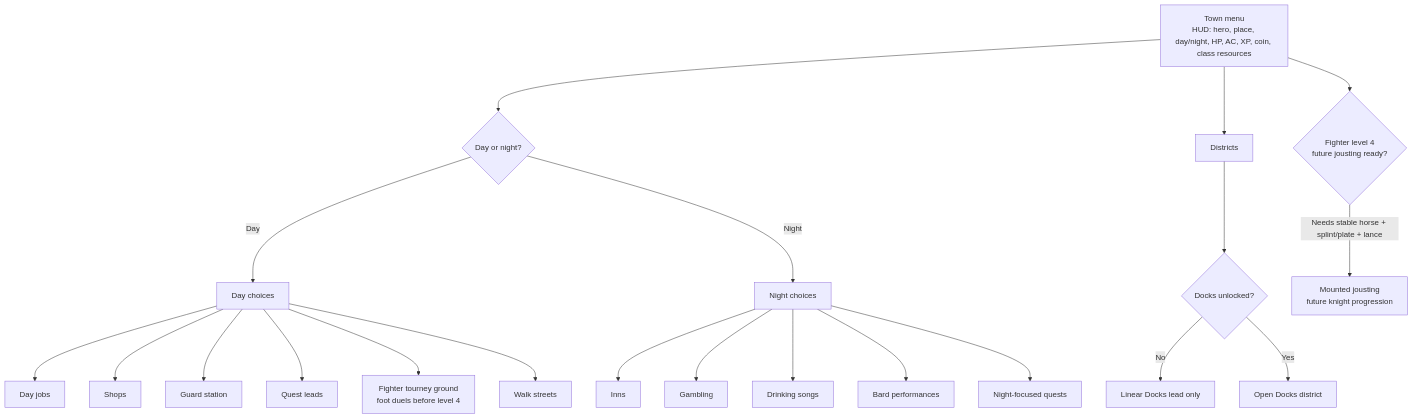
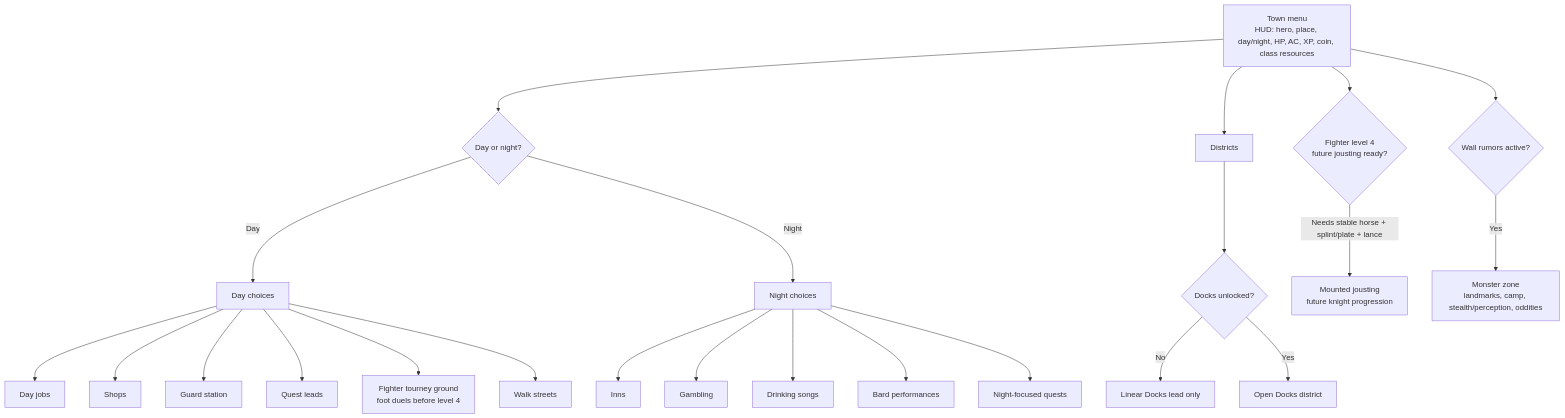
Before and after one commit to JesperYH24/dnd-git-adventure: the third of 3 diagrams in docs/visual-game-flow.md, drawn with Mermaid. The commit also changed other lines of this file and 6 other files, not shown here.

````diff
--- a/docs/visual-game-flow.md
+++ b/docs/visual-game-flow.md
@@ -54,26 +55,28 @@
 ```mermaid
 flowchart TD
     Town["Town menu\nHUD: hero, place, day/night, HP, AC, XP, coin, class resources"] --> Time{"Day or night?"}
 
     Time -- "Day" --> DayChoices["Day choices"]
     DayChoices --> DayJobs["Day jobs"]
     DayChoices --> Shops["Shops"]
     DayChoices --> Guard["Guard station"]
     DayChoices --> QuestLeads["Quest leads"]
     DayChoices --> Tourney["Fighter tourney ground\nfoot duels before level 4"]
     DayChoices --> Streets["Walk streets"]
 
     Time -- "Night" --> NightChoices["Night choices"]
     NightChoices --> Inns["Inns"]
     NightChoices --> Gambling["Gambling"]
     NightChoices --> DrinkingSongs["Drinking songs"]
     NightChoices --> BardShows["Bard performances"]
     NightChoices --> NightQuests["Night-focused quests"]
 
     Town --> Districts["Districts"]
     Districts --> DocksGate{"Docks unlocked?"}
     DocksGate -- "No" --> DocksLead["Linear Docks lead only"]
     DocksGate -- "Yes" --> Docks["Open Docks district"]
     Town --> KnightGate{"Fighter level 4\nfuture jousting ready?"}
     KnightGate -- "Needs stable horse + splint/plate + lance" --> FutureJoust["Mounted jousting\nfuture knight progression"]
+    Town --> MonsterGate{"Wall rumors active?"}
+    MonsterGate -- "Yes" --> MonsterZone["Monster zone\nlandmarks, camp, stealth/perception, oddities"]
 ```
````
